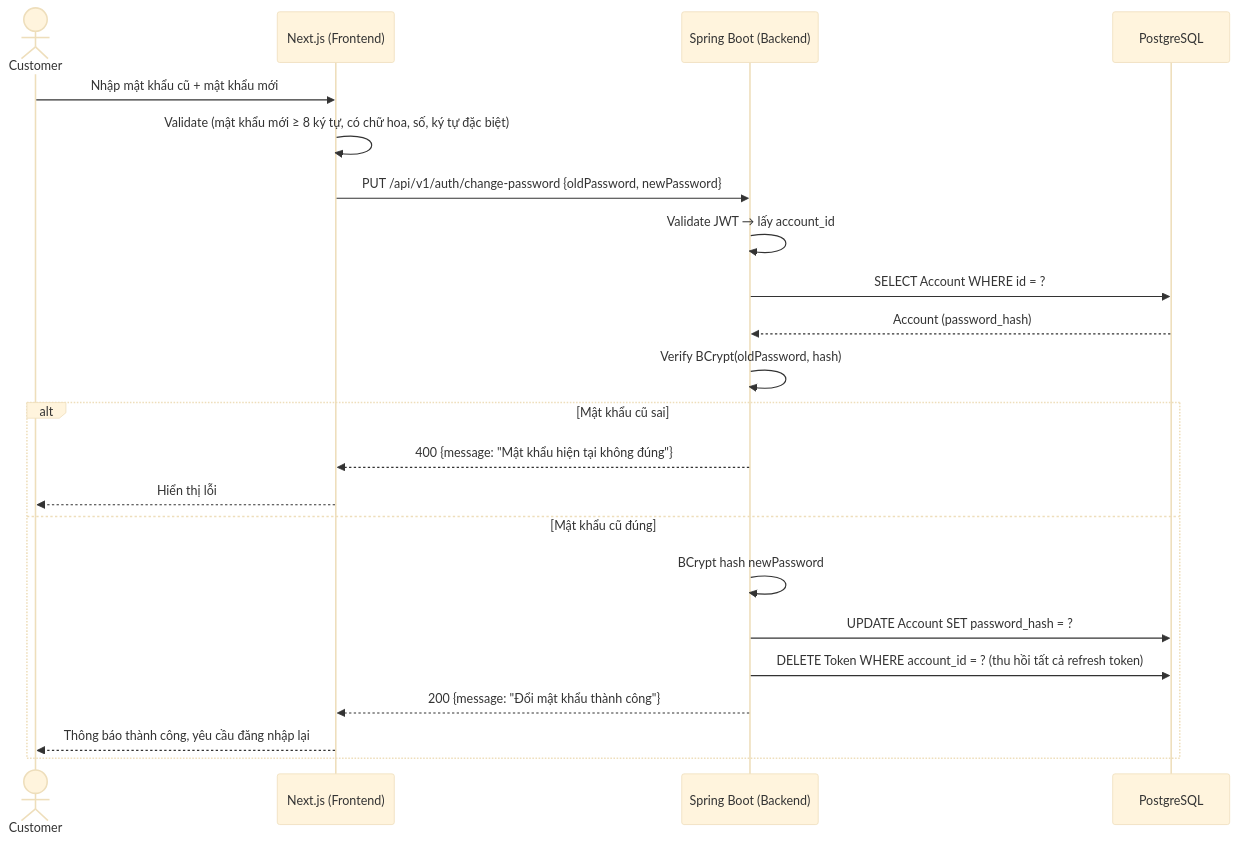
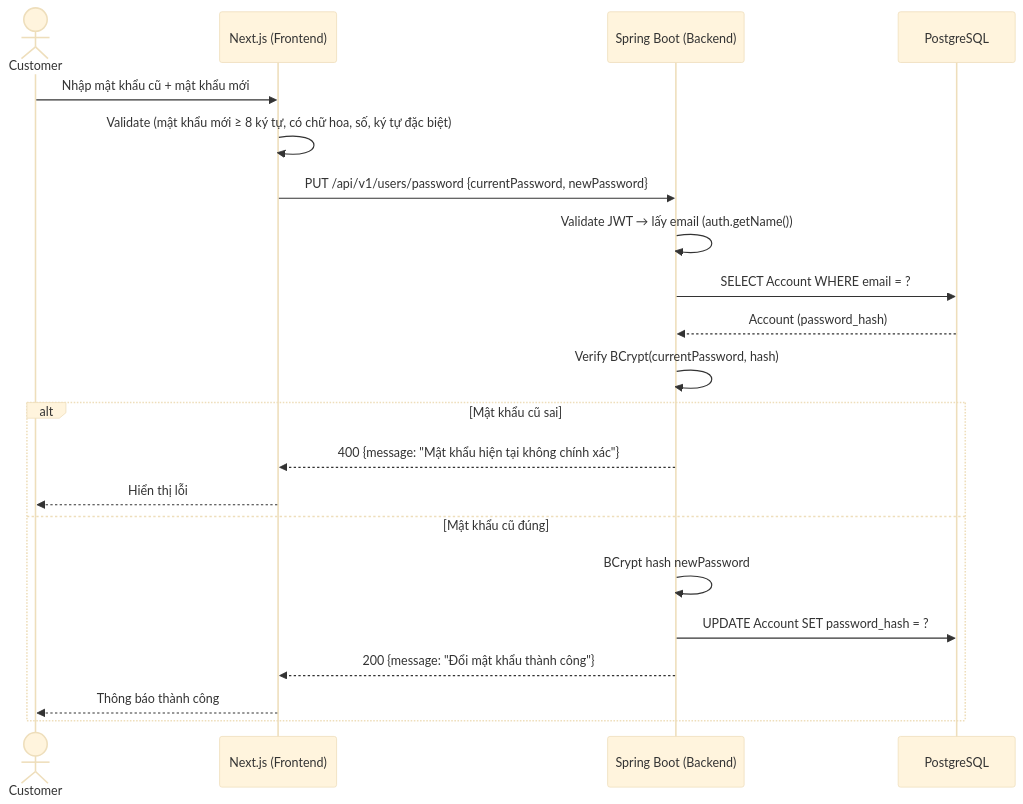
The ninth of 35 diagrams in docs/design.md (huuhieu56/PC-Parts-ECommerce), drawn with Mermaid (base theme) before and after one commit. The commit also changed other lines of this file and 1 other file, not shown here.

````diff
--- a/docs/design.md
+++ b/docs/design.md
@@ -793,27 +790,26 @@
 ```mermaid
 sequenceDiagram
     actor Customer
     participant FE as Next.js (Frontend)
     participant BE as Spring Boot (Backend)
     participant DB as PostgreSQL
 
     Customer->>FE: Nhập mật khẩu cũ + mật khẩu mới
     FE->>FE: Validate (mật khẩu mới ≥ 8 ký tự, có chữ hoa, số, ký tự đặc biệt)
-    FE->>BE: PUT /api/v1/auth/change-password {oldPassword, newPassword}
-    BE->>BE: Validate JWT → lấy account_id
+    FE->>BE: PUT /api/v1/users/password {currentPassword, newPassword}
+    BE->>BE: Validate JWT → lấy email (auth.getName())
 
-    BE->>DB: SELECT Account WHERE id = ?
+    BE->>DB: SELECT Account WHERE email = ?
     DB-->>BE: Account (password_hash)
-    BE->>BE: Verify BCrypt(oldPassword, hash)
+    BE->>BE: Verify BCrypt(currentPassword, hash)
 
     alt Mật khẩu cũ sai
-        BE-->>FE: 400 {message: "Mật khẩu hiện tại không đúng"}
+        BE-->>FE: 400 {message: "Mật khẩu hiện tại không chính xác"}
         FE-->>Customer: Hiển thị lỗi
     else Mật khẩu cũ đúng
         BE->>BE: BCrypt hash newPassword
         BE->>DB: UPDATE Account SET password_hash = ?
-        BE->>DB: DELETE Token WHERE account_id = ? (thu hồi tất cả refresh token)
         BE-->>FE: 200 {message: "Đổi mật khẩu thành công"}
-        FE-->>Customer: Thông báo thành công, yêu cầu đăng nhập lại
+        FE-->>Customer: Thông báo thành công
     end
 ```
````
